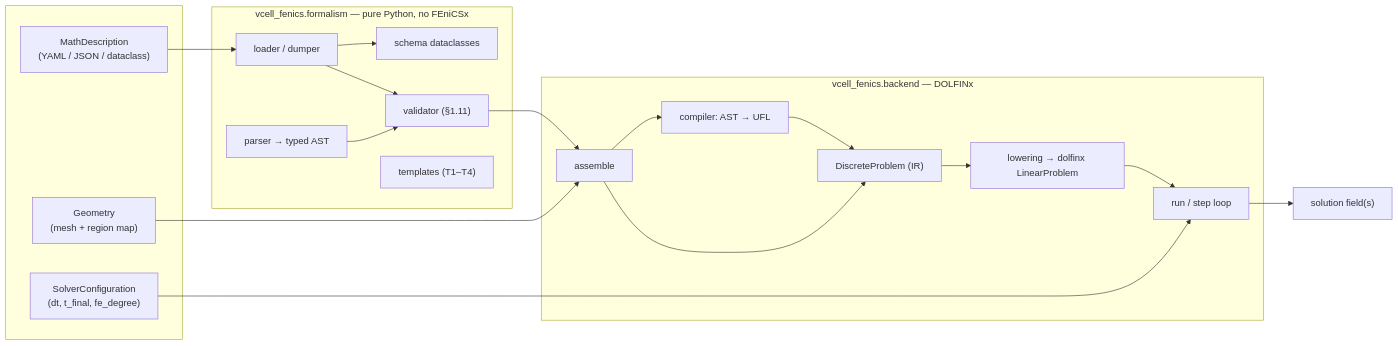
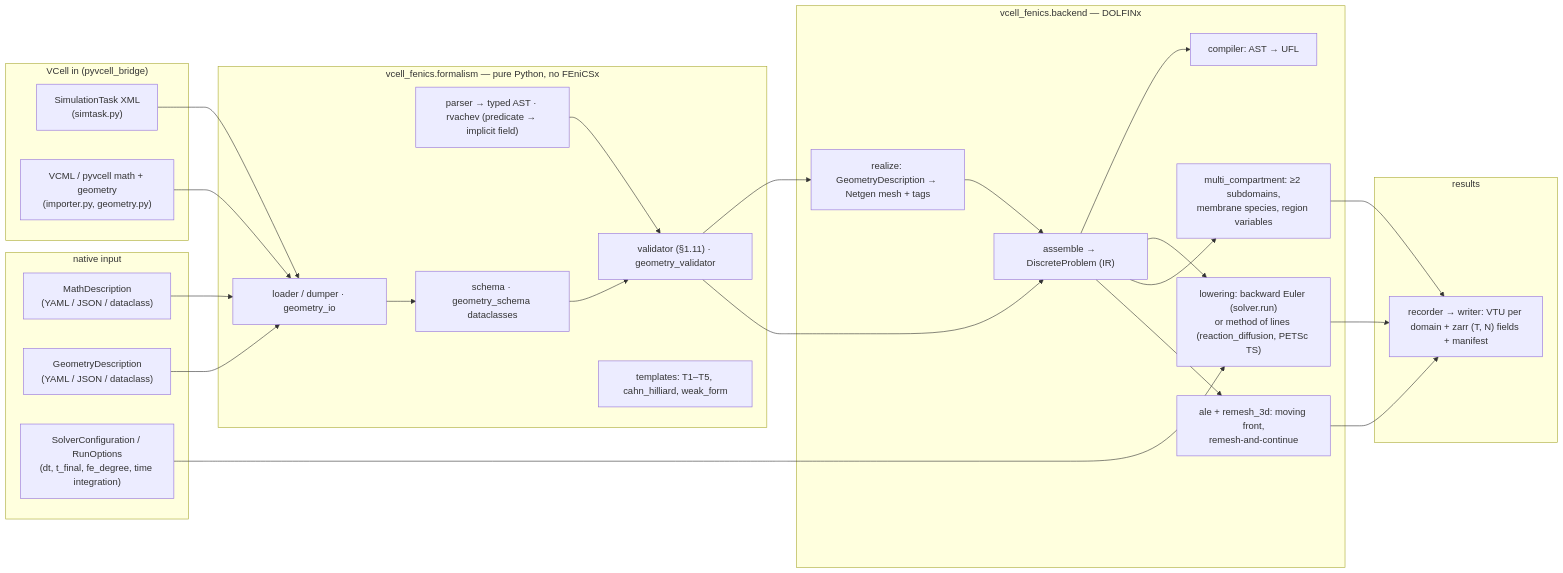
The first of 4 diagrams in docs/architecture.md (virtualcell/vcell-fenics), drawn with Mermaid before and after one commit. The commit also changed other lines of this file and 2 other files, not shown here.

First line of the commit message:
docs: rewrite the overview and architecture to the current checkout (D01)

````diff
--- a/docs/architecture.md
+++ b/docs/architecture.md
@@ -21,36 +24,52 @@
 ```mermaid
 flowchart LR
-    subgraph user[" "]
+    subgraph vcell["VCell in (pyvcell_bridge)"]
+        ST["SimulationTask XML<br/>(simtask.py)"]
+        VC["VCML / pyvcell math + geometry<br/>(importer.py, geometry.py)"]
+    end
+
+    subgraph user["native input"]
         Y["MathDescription<br/>(YAML / JSON / dataclass)"]
-        G["Geometry<br/>(mesh + region map)"]
-        S["SolverConfiguration<br/>(dt, t_final, fe_degree)"]
+        G["GeometryDescription<br/>(YAML / JSON / dataclass)"]
+        S["SolverConfiguration / RunOptions<br/>(dt, t_final, fe_degree, time integration)"]
     end
 
     subgraph formalism["vcell_fenics.formalism — pure Python, no FEniCSx"]
-        L["loader / dumper"]
-        P["parser → typed AST"]
-        V["validator (§1.11)"]
-        SC["schema dataclasses"]
-        T["templates (T1–T4)"]
+        L["loader / dumper · geometry_io"]
+        P["parser → typed AST · rvachev (predicate → implicit field)"]
+        V["validator (§1.11) · geometry_validator"]
+        SC["schema · geometry_schema dataclasses"]
+        T["templates: T1–T5, cahn_hilliard, weak_form"]
     end
 
     subgraph backend["vcell_fenics.backend — DOLFINx"]
+        RZ["realize: GeometryDescription → Netgen mesh + tags"]
         C["compiler: AST → UFL"]
-        A["assemble"]
-        IR["DiscreteProblem (IR)"]
-        D["lowering → dolfinx LinearProblem"]
-        R["run / step loop"]
+        A["assemble → DiscreteProblem (IR)"]
+        D["lowering: backward Euler (solver.run)<br/>or method of lines (reaction_diffusion, PETSc TS)"]
+        MC["multi_compartment: ≥2 subdomains,<br/>membrane species, region variables"]
+        ALE["ale + remesh_3d: moving front,<br/>remesh-and-continue"]
     end
 
-    Y --> L --> SC
-    L --> V
+    subgraph out["results"]
+        R["recorder → writer: VTU per domain + zarr (T, N) fields + manifest"]
+    end
+
+    ST --> L
+    VC --> L
+    Y --> L
+    G --> L
+    L --> SC --> V
     P --> V
+    V --> RZ
     V --> A
-    G --> A
-    S --> R
+    RZ --> A
     A --> C
-    A --> IR
-    C --> IR
-    IR --> D --> R
-    R --> OUT["solution field(s)"]
+    S --> D
+    A --> D
+    A --> MC
+    A --> ALE
+    D --> R
+    MC --> R
+    ALE --> R
 ```
````
